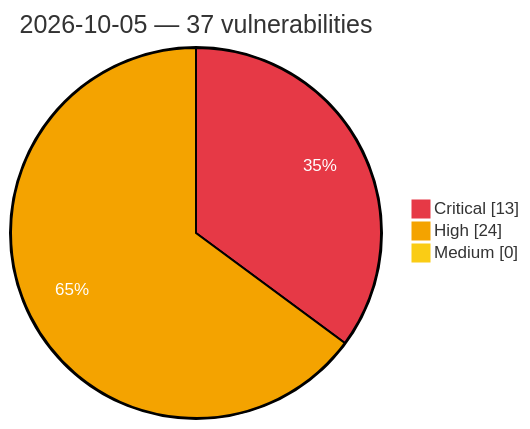
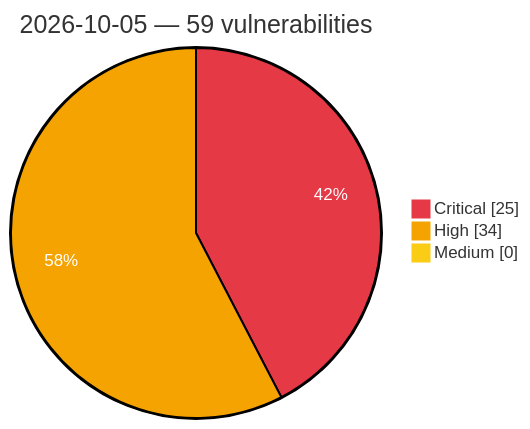
One commit to GhostX0X/vuln-tracker changed the diagram in vulnerabilities/2026/October/2026-10-05.md. Above: the diagram before and after it, drawn with Mermaid. The commit also changed other lines of this file and 5 other files, not shown here.

Commit message:
Auto update: critical/high vulns (2026-10-06 00:57 UTC)

````diff
--- a/vulnerabilities/2026/October/2026-10-05.md
+++ b/vulnerabilities/2026/October/2026-10-05.md
@@ -3,8 +3,8 @@
 ```mermaid
 %%{init: {'theme':'base', 'themeVariables': {'pie1':'#e63946', 'pie2':'#f4a300', 'pie3':'#facc15', 'pieOpacity':'1', 'pieOuterStrokeWidth':'2px', 'pieSectionTextColor':'#ffffff'}}}%%
 pie showData
-    title 2026-10-05 — 37 vulnerabilities
-    "Critical" : 13
-    "High" : 24
+    title 2026-10-05 — 59 vulnerabilities
+    "Critical" : 25
+    "High" : 34
     "Medium" : 0
 ```
````
